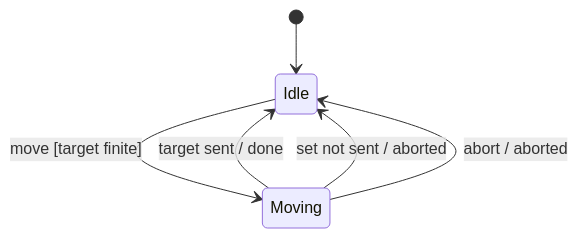
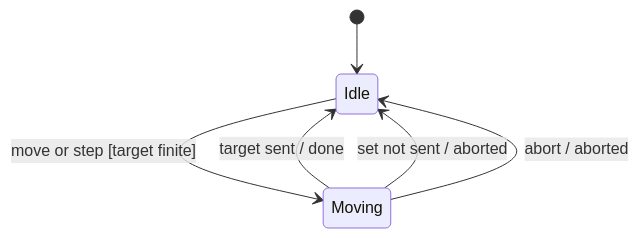
One commit to embedded-pro/e-robot-arm changed the first of 2 diagrams in documentation/design/joint-motion.md. Above: the diagram before and after it, drawn with Mermaid. The commit also changed other lines of this file and 21 other files, not shown here.

````diff
--- a/documentation/design/joint-motion.md
+++ b/documentation/design/joint-motion.md
@@ -113,8 +126,8 @@
 ```mermaid
 stateDiagram-v2
     [*] --> Idle
-    Idle --> Moving : move [target finite]
+    Idle --> Moving : move or step [target finite]
     Moving --> Idle : target sent / done
     Moving --> Idle : set not sent / aborted
     Moving --> Idle : abort / aborted
 ```
````
